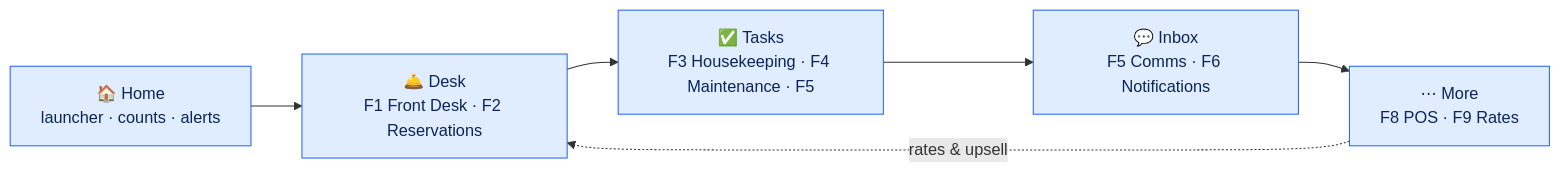
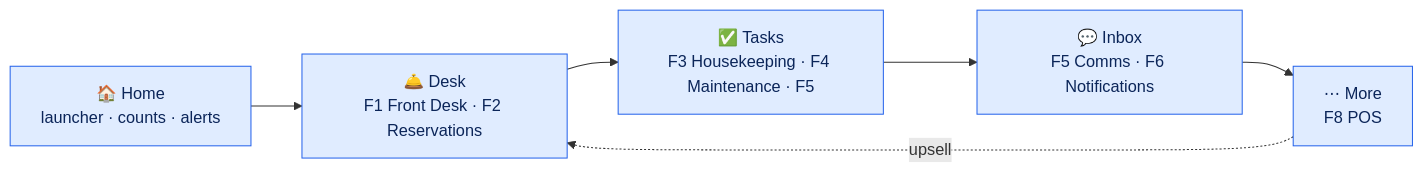
One commit to tariqul-apex/atrium changed the third of 3 diagrams in docs/staff-mobile-app-navigation-map.md. Above: the diagram before and after it, drawn with Mermaid. The commit also changed other lines of this file and 25 other files, not shown here.

````diff
--- a/docs/staff-mobile-app-navigation-map.md
+++ b/docs/staff-mobile-app-navigation-map.md
@@ -127,10 +158,10 @@
 ```mermaid
 flowchart LR
   HOME["🏠 Home<br/>launcher · counts · alerts"]:::t --> DESK["🛎️ Desk<br/>F1 Front Desk · F2 Reservations"]:::t
   DESK --> TASKS["✅ Tasks<br/>F3 Housekeeping · F4 Maintenance · F5"]:::t
   TASKS --> INBOX["💬 Inbox<br/>F5 Comms · F6 Notifications"]:::t
-  INBOX --> MORE["⋯ More<br/>F8 POS · F9 Rates"]:::t
-  MORE -.rates & upsell.-> DESK
+  INBOX --> MORE["⋯ More<br/>F8 POS"]:::t
+  MORE -.upsell.-> DESK
 
   classDef t fill:#e0ecff,color:#0b2559,stroke:#2563eb;
 ```
````
